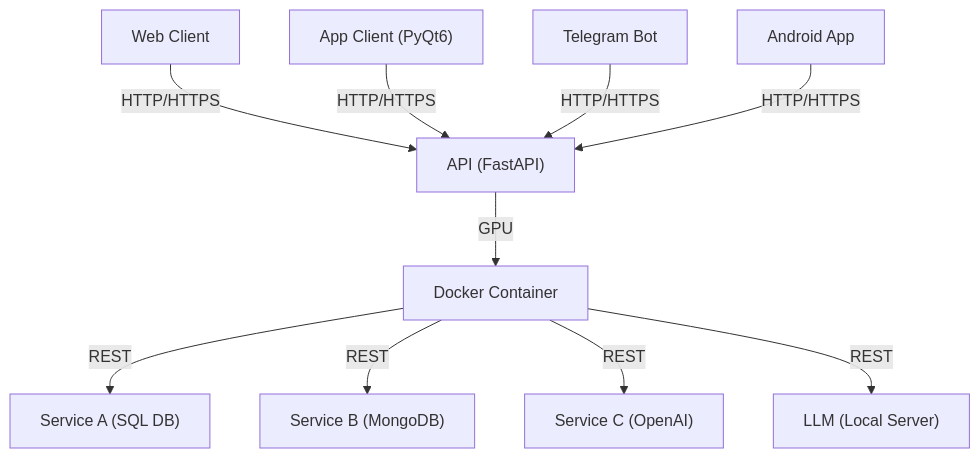
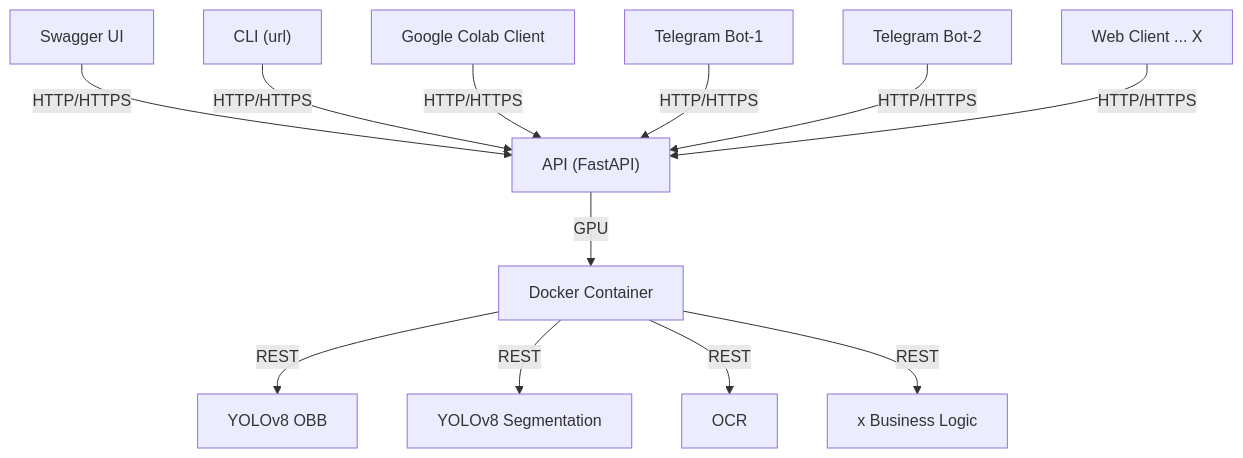
The fourth of 4 diagrams in docs/README.md (musicnova/KIA-chatGPT), drawn with Mermaid before and after one commit.

````diff
--- a/docs/README.md
+++ b/docs/README.md
@@ -90,14 +90,16 @@
 ```mermaid
 graph TD
-    WebClient["Web Client"] -->|HTTP/HTTPS| API
-    AppClient["App Client (PyQt6)"] -->|HTTP/HTTPS| API
-    TgBot["Telegram Bot"] -->|HTTP/HTTPS| API
-    AndroidClient["Android App "] -->|HTTP/HTTPS| API
+    SwaggerUI["Swagger UI"] -->|HTTP/HTTPS| API
+    CLI["CLI (url)"] -->|HTTP/HTTPS| API
+    GoogleColab["Google Colab Client"] -->|HTTP/HTTPS| API
+    TgBot1["Telegram Bot-1"] -->|HTTP/HTTPS| API
+    TgBot2["Telegram Bot-2"] -->|HTTP/HTTPS| API
+    WebClient["Web Client ... X"] -->|HTTP/HTTPS| API
 
     API["API (FastAPI)"] -->|GPU| Docker["Docker Container"]
 
-    Docker -->|REST| SQLService["Service A (SQL DB)"]
-    Docker -->|REST| MongoService["Service B (MongoDB)"]
-    Docker -->|REST| OpenAIService["Service C (OpenAI)"]
-    Docker -->|REST| LocalLLM["LLM (Local Server)"]
+    Docker -->|REST| YOLOv8OBB["YOLOv8 OBB"]
+    Docker -->|REST| YOLOv8Seg["YOLOv8 Segmentation"]
+    Docker -->|REST| OCR["OCR"]
+    Docker -->|REST| xBusinessLogic["x Business Logic"]
 ```
````
